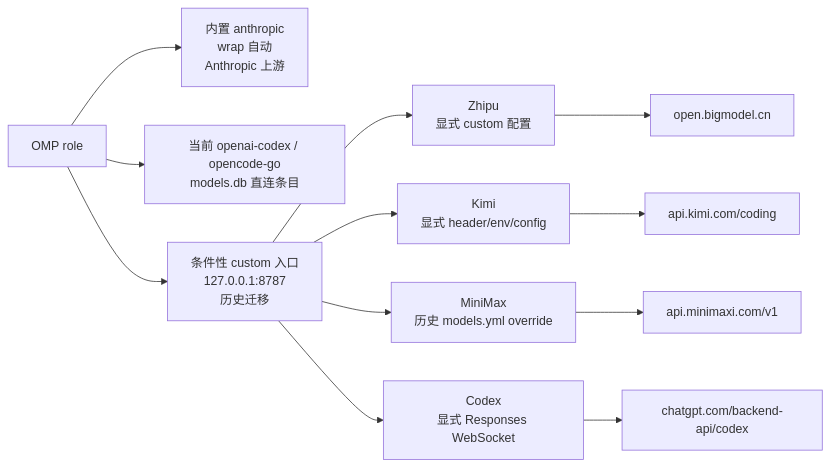
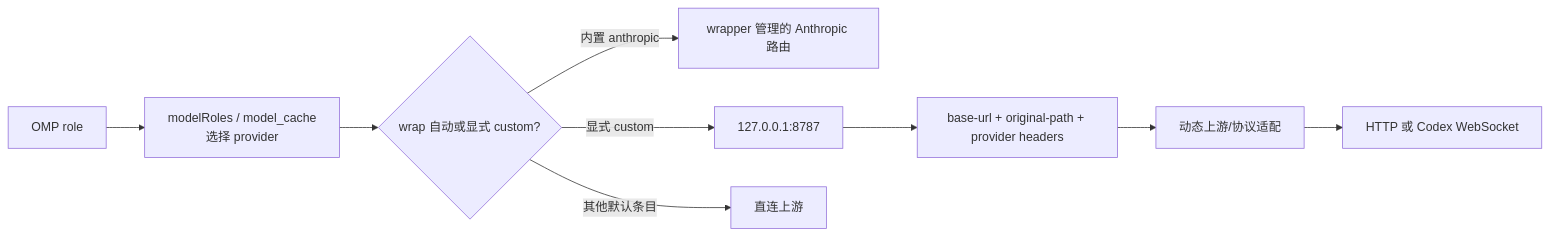
The diagram in src/content/note/zh-cn/headroom-single-port-evolution.md (DavidHLP/DavidHLP.github.io), drawn with Mermaid before and after one commit. The commit also changed other lines of this file and 90 other files, not shown here.

````diff
--- a/src/content/note/zh-cn/headroom-single-port-evolution.md
+++ b/src/content/note/zh-cn/headroom-single-port-evolution.md
@@ -69,14 +20,11 @@
 ```mermaid
 flowchart LR
-  A["OMP role"] --> AN["内置 anthropic<br/>wrap 自动<br/>Anthropic 上游"]
-  A --> D["当前 openai-codex / opencode-go<br/>models.db 直连条目"]
-  A --> H["条件性 custom 入口<br/>127.0.0.1:8787<br/>历史迁移"]
-  H --> Z["Zhipu<br/>显式 custom 配置"]
-  H --> K["Kimi<br/>显式 header/env/config"]
-  H --> M["MiniMax<br/>历史 models.yml override"]
-  H --> C["Codex<br/>显式 Responses WebSocket"]
-  Z --> ZU["open.bigmodel.cn"]
-  K --> KU["api.kimi.com/coding"]
-  M --> MU["api.minimaxi.com/v1"]
-  C --> CU["chatgpt.com/backend-api/codex"]
+  A[OMP role] --> B[modelRoles / model_cache<br/>选择 provider]
+  B --> C{wrap 自动或显式 custom?}
+  C -- 内置 anthropic --> D[wrapper 管理的 Anthropic 路由]
+  C -- 显式 custom --> E[127.0.0.1:8787]
+  C -- 其他默认条目 --> F[直连上游]
+  E --> G[base-url + original-path + provider headers]
+  G --> H[动态上游/协议适配]
+  H --> I[HTTP 或 Codex WebSocket]
 ```
````
